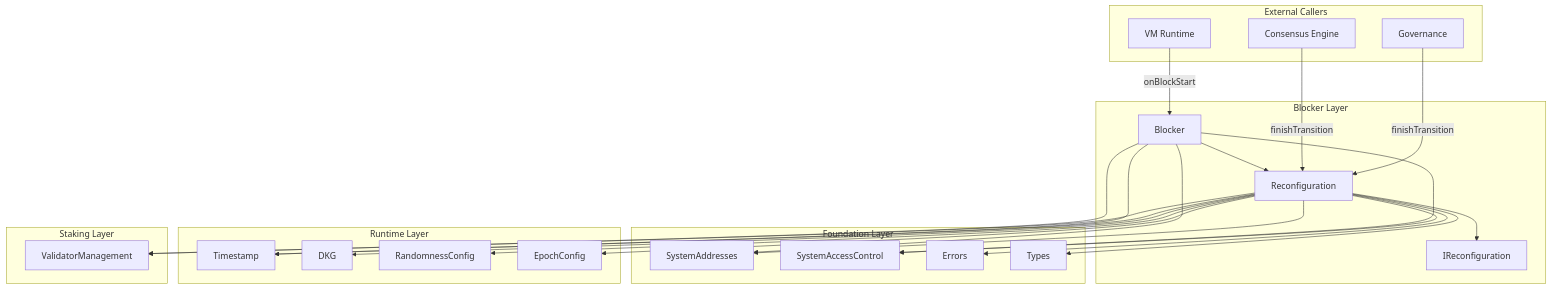
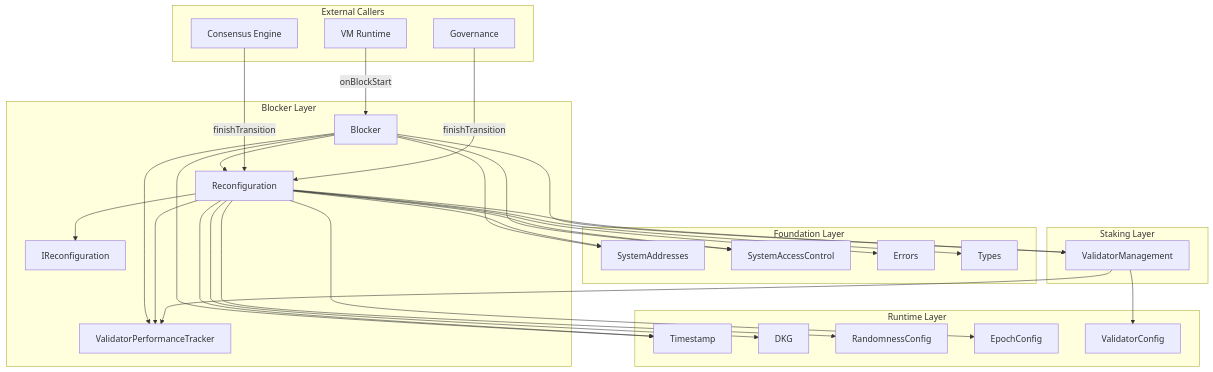
Before and after one commit to Galxe/gravity_chain_core_contracts: the diagram in spec_v2/blocker.spec.md, drawn with Mermaid. The commit also changed other lines of this file and 17 other files, not shown here.

````diff
--- a/spec_v2/blocker.spec.md
+++ b/spec_v2/blocker.spec.md
@@ -34,53 +37,60 @@
 ```mermaid
 flowchart TD
     subgraph BlockerLayer[Blocker Layer]
         B[Blocker]
         R[Reconfiguration]
         IR[IReconfiguration]
+        VPT[ValidatorPerformanceTracker]
     end
     
     subgraph Foundation[Foundation Layer]
         SA[SystemAddresses]
         SAC[SystemAccessControl]
         E[Errors]
         T[Types]
     end
     
     subgraph Runtime[Runtime Layer]
         TS[Timestamp]
         DKG[DKG]
         RC[RandomnessConfig]
         EC[EpochConfig]
+        VC[ValidatorConfig]
     end
     
     subgraph Staking[Staking Layer]
         VM[ValidatorManagement]
     end
     
     B --> SA
     B --> SAC
     B --> R
     B --> TS
     B --> VM
+    B --> VPT
     
     R --> IR
     R --> SA
     R --> SAC
     R --> E
     R --> T
     R --> TS
     R --> DKG
     R --> RC
     R --> EC
     R --> VM
+    R --> VPT
+    
+    VM --> VC
+    VM --> VPT
     
     subgraph Callers[External Callers]
         RUNTIME[VM Runtime]
         CONSENSUS[Consensus Engine]
         GOV[Governance]
     end
     
     RUNTIME -->|onBlockStart| B
     CONSENSUS -->|finishTransition| R
     GOV -->|finishTransition| R
 ```
````
